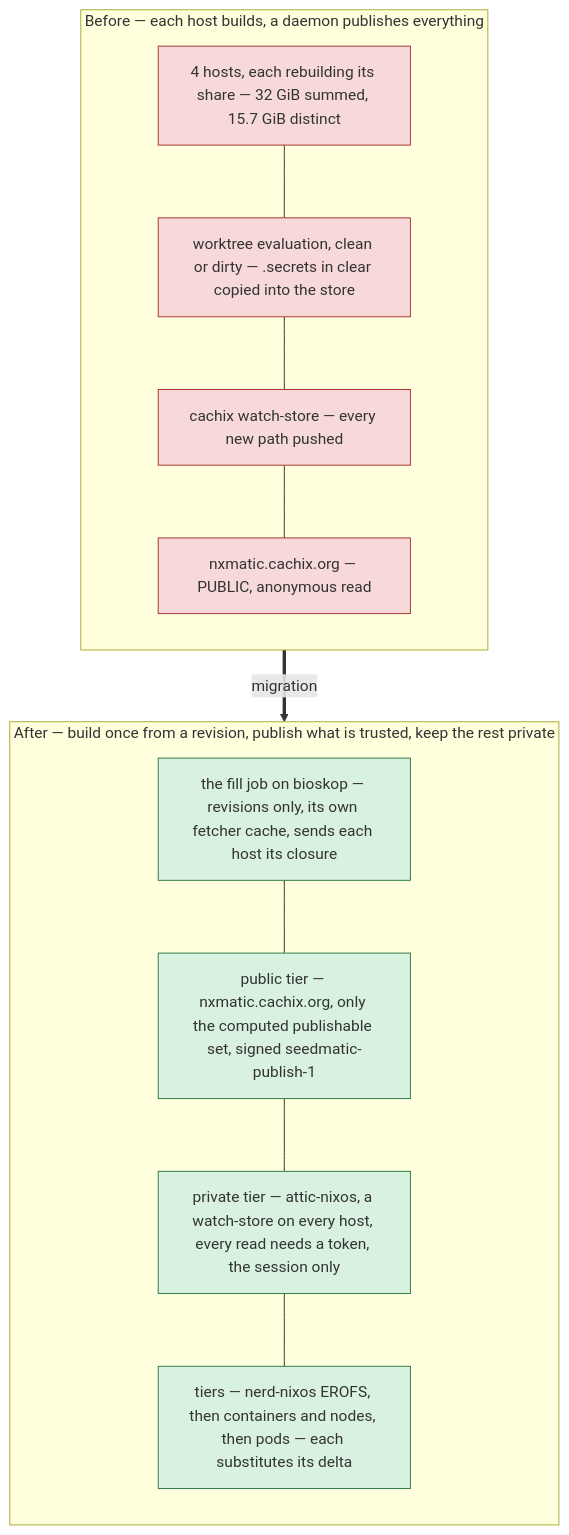
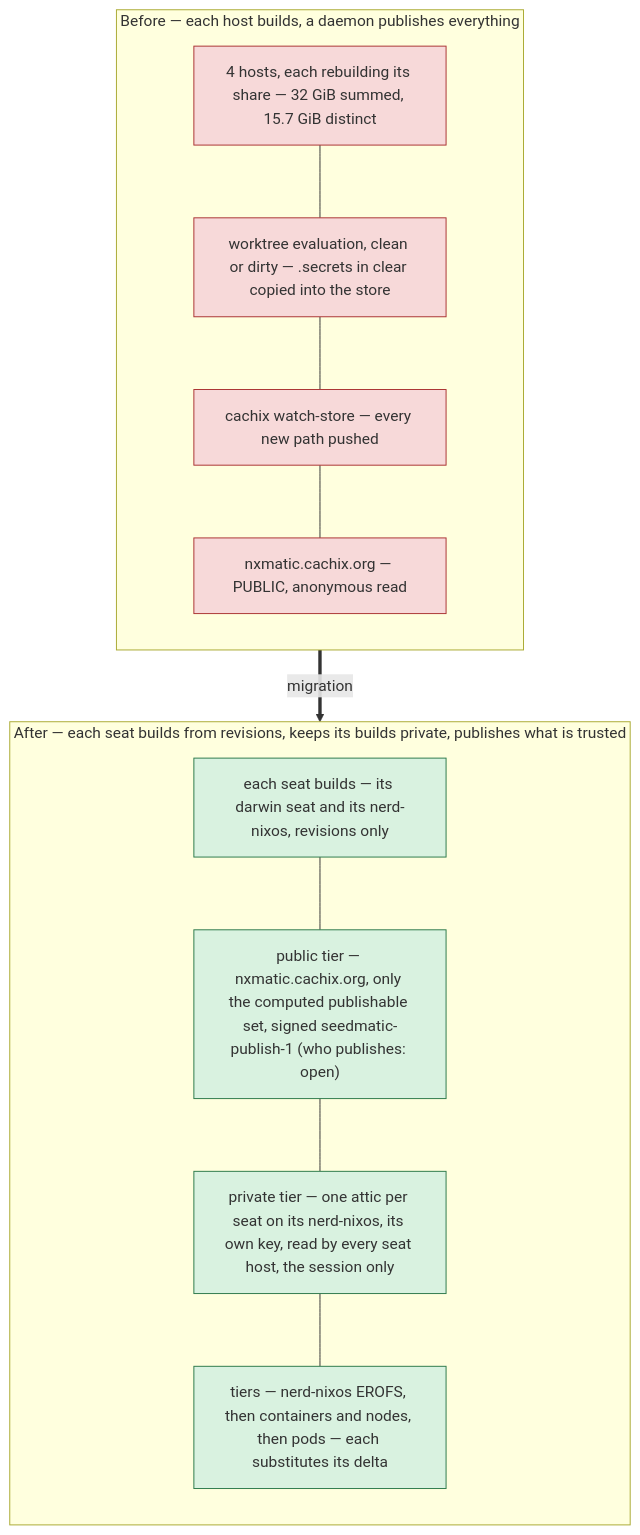
One commit to seedmatic/rke2lab changed the seventh of 8 diagrams in docs/architecture/atlas/fabric-control-plane.adoc. Above: the diagram before and after it, drawn with Mermaid. The commit also changed other lines of this file, not shown here.

First line of the commit message:
docs(atlas): the private binary cache becomes one attic per seat

```diff
--- a/docs/architecture/atlas/fabric-control-plane.adoc
+++ b/docs/architecture/atlas/fabric-control-plane.adoc
@@ -462,24 +466,24 @@
 [mermaid]
 ....
 flowchart TB
   subgraph BEFORE["Before — each host builds, a daemon publishes everything"]
     direction TB
     b1["4 hosts, each rebuilding its share — 32 GiB summed, 15.7 GiB distinct"]:::ko
     b2["worktree evaluation, clean or dirty — .secrets in clear copied into the store"]:::ko
     b3["cachix watch-store — every new path pushed"]:::ko
     b4["nxmatic.cachix.org — PUBLIC, anonymous read"]:::ko
     b1 --- b2 --- b3 --- b4
   end
-  subgraph AFTER["After — build once from a revision, publish what is trusted, keep the rest private"]
+  subgraph AFTER["After — each seat builds from revisions, keeps its builds private, publishes what is trusted"]
     direction TB
-    a1["the fill job on bioskop — revisions only, its own fetcher cache, sends each host its closure"]:::ok
-    a2["public tier — nxmatic.cachix.org, only the computed publishable set, signed seedmatic-publish-1"]:::ok
-    a3["private tier — attic-nixos, a watch-store on every host, every read needs a token, the session only"]:::ok
+    a1["each seat builds — its darwin seat and its nerd-nixos, revisions only"]:::ok
+    a2["public tier — nxmatic.cachix.org, only the computed publishable set, signed seedmatic-publish-1 (who publishes: open)"]:::ok
+    a3["private tier — one attic per seat on its nerd-nixos, its own key, read by every seat host, the session only"]:::ok
     a4["tiers — nerd-nixos EROFS, then containers and nodes, then pods — each substitutes its delta"]:::ok
     a1 --- a2 --- a3 --- a4
   end
   BEFORE ==>|"migration"| AFTER
 
   classDef ko fill:#f7d9d9,stroke:#a33;
   classDef ok fill:#d9f2e0,stroke:#2d7a4b;
 ....
```
